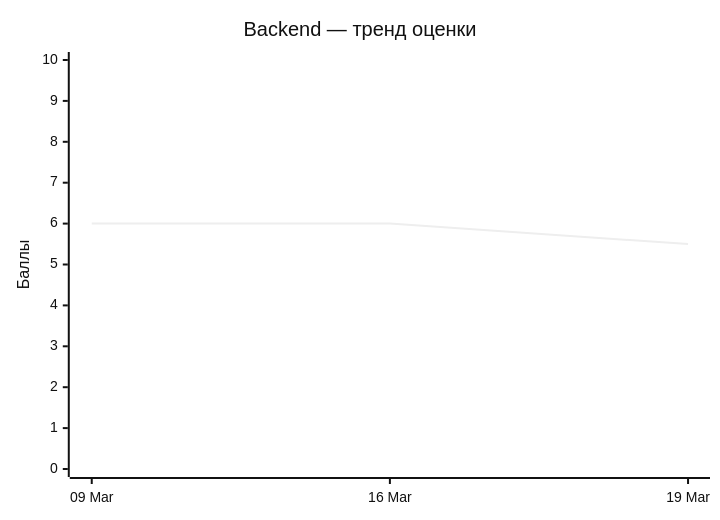
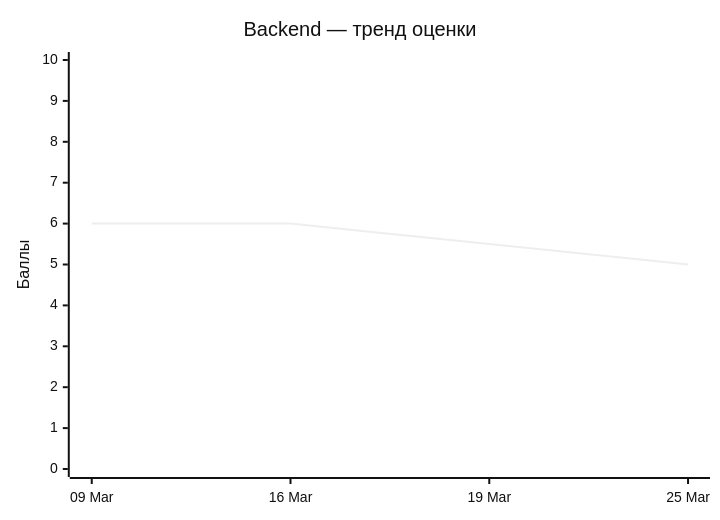
Before and after one commit to ngKittyDebug/RS-Tandem-ngKittyDebug: the third of 4 diagrams in CodeQualityStatus/status.md, drawn with Mermaid (neutral theme). The commit also changed other lines of this file and 2 other files, not shown here.

````diff
--- a/CodeQualityStatus/status.md
+++ b/CodeQualityStatus/status.md
@@ -130,7 +132,7 @@
 ```mermaid
 xychart-beta
     title "Backend — тренд оценки"
-    x-axis ["09 Mar", "16 Mar", "19 Mar"]
+    x-axis ["09 Mar", "16 Mar", "19 Mar", "25 Mar"]
     y-axis "Баллы" 0 --> 10
-    line [6.0, 6.0, 5.5]
+    line [6.0, 6.0, 5.5, 5.0]
 ```
````
